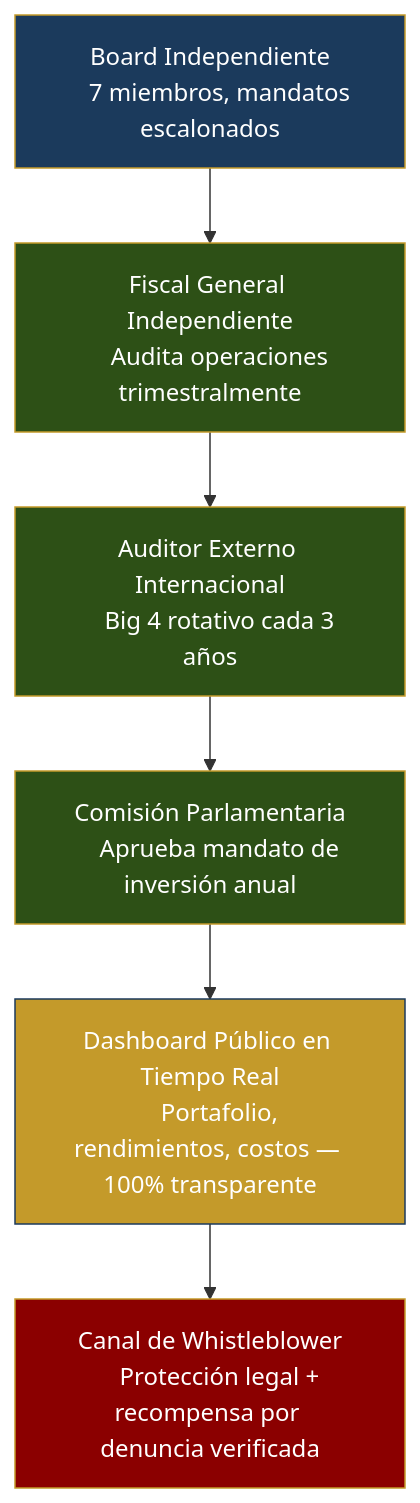
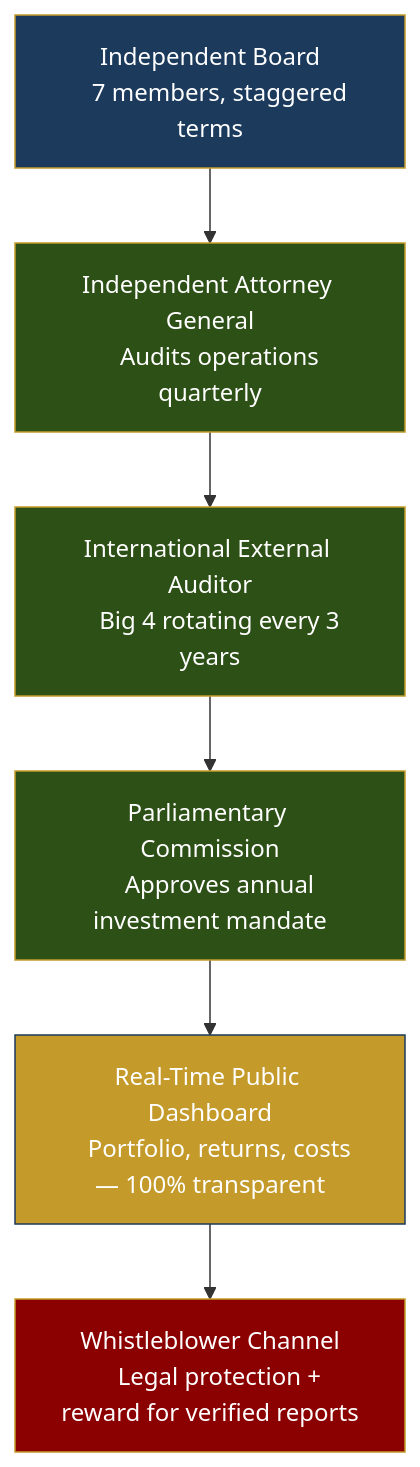
Before and after one commit to Venezuela-S-A/venezuela-sa: the third of 5 diagrams in i18n/en/docusaurus-plugin-content-docs/current/02-motor-financiero/fondo-soberano.md, drawn with Mermaid. The commit also changed other lines of this file and 127 other files, not shown here.

````diff
--- a/i18n/en/docusaurus-plugin-content-docs/current/02-motor-financiero/fondo-soberano.md
+++ b/i18n/en/docusaurus-plugin-content-docs/current/02-motor-financiero/fondo-soberano.md
@@ -68,21 +68,21 @@
 ```mermaid
 flowchart TD
-    A["Board Independiente
-    7 miembros, mandatos escalonados"] --> B["Fiscal General Independiente
-    Audita operaciones trimestralmente"]
-    B --> C["Auditor Externo Internacional
-    Big 4 rotativo cada 3 años"]
-    C --> D["Comisión Parlamentaria
-    Aprueba mandato de inversión anual"]
-    D --> E["Dashboard Público en Tiempo Real
-    Portafolio, rendimientos, costos — 100% transparente"]
-    E --> F["Canal de Whistleblower
-    Protección legal + recompensa por denuncia verificada"]
+    A["Independent Board
+    7 members, staggered terms"] --> B["Independent Attorney General
+    Audits operations quarterly"]
+    B --> C["International External Auditor
+    Big 4 rotating every 3 years"]
+    C --> D["Parliamentary Commission
+    Approves annual investment mandate"]
+    D --> E["Real-Time Public Dashboard
+    Portfolio, returns, costs — 100% transparent"]
+    E --> F["Whistleblower Channel
+    Legal protection + reward for verified reports"]
 
     style A fill:#1B3A5C,stroke:#C49A2A,color:#fff
     style B fill:#2d5016,stroke:#C49A2A,color:#fff
     style C fill:#2d5016,stroke:#C49A2A,color:#fff
     style D fill:#2d5016,stroke:#C49A2A,color:#fff
     style E fill:#C49A2A,stroke:#1B3A5C,color:#fff
     style F fill:#8B0000,stroke:#C49A2A,color:#fff
 ```
````
